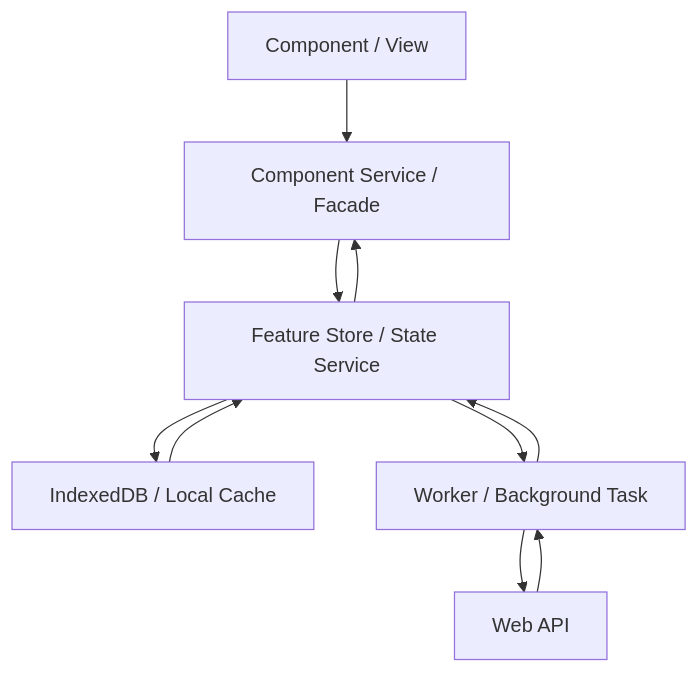
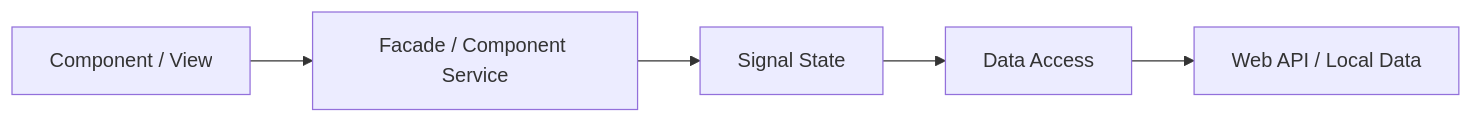
Before and after one commit to Heljens-IT-Services/agent-files: the diagram in agents/DEVELOPER.Angular.md, drawn with Mermaid. The commit also changed other lines of this file, not shown here.

````diff
--- a/agents/DEVELOPER.Angular.md
+++ b/agents/DEVELOPER.Angular.md
@@ -19,12 +19,7 @@
 ```mermaid
-flowchart TD
-    Component[Component / View] --> ComponentService[Component Service / Facade]
-    ComponentService --> Store[Feature Store / State Service]
-    Store --> ComponentService
-    Store --> LocalData[IndexedDB / Local Cache]
-    LocalData --> Store
-    Store --> Worker[Worker / Background Task]
-    Worker --> WebApi[Web API]
-    WebApi --> Worker
-    Worker --> Store
+flowchart LR
+    View[Component / View] --> Facade[Facade / Component Service]
+    Facade --> State[Signal State]
+    State --> DataAccess[Data Access]
+    DataAccess --> Api[Web API / Local Data]
 ```
````
